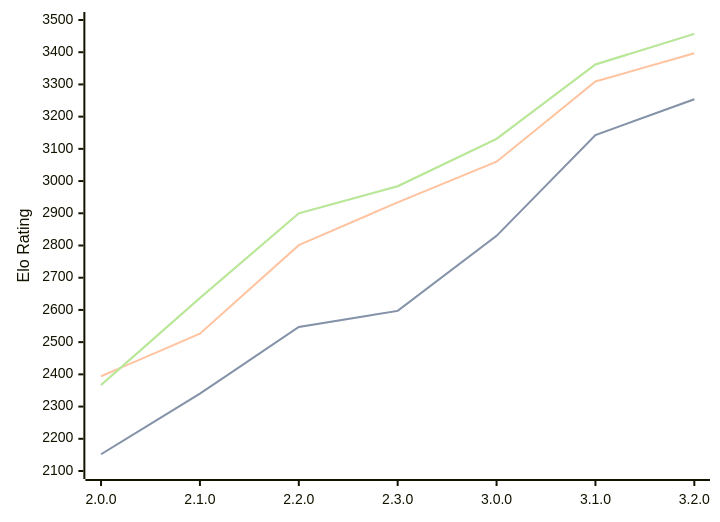
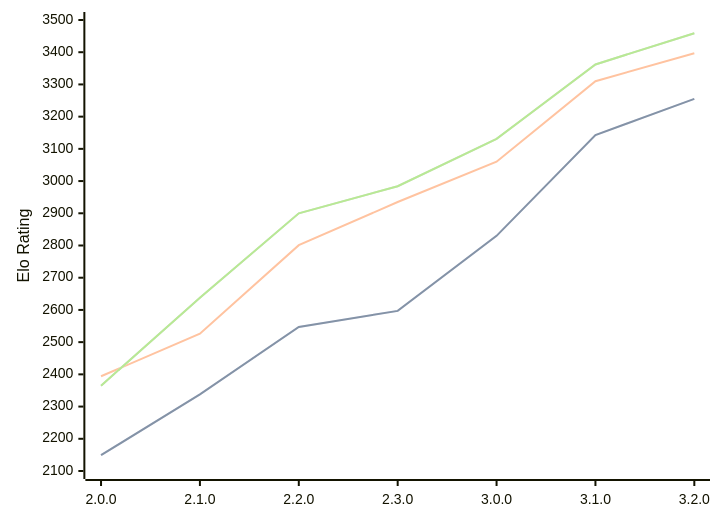
One commit to computer-chess-index/cci changed the diagram in engines/Raphael.md. Above: the diagram before and after it, drawn with Mermaid. The commit also changed other lines of this file, not shown here.

Commit message:
Update CCI Ratings (ELO VLTC) - 2026-04-01

````diff
--- a/engines/Raphael.md
+++ b/engines/Raphael.md
@@ -49,11 +49,11 @@
 ```mermaid
 %%{init: {"theme":"base","themeVariables":{"seriesColors:['#a3a3a3','#222221','#faa371']}}}%%
 xychart-beta
   x-axis ["2.0.0", "2.1.0", "2.2.0", "2.3.0", "3.0.0", "3.1.0", "3.2.0"]
   y-axis "Elo Rating" 2100 --> 3500
-  line "STC (8.0+0.08s)" [2152, 2340, 2547, 2597, 2830, 3143, 3254]
-  line "STC (8.0+0.08s)" [2152, 2340, 2547, 2597, 2830, 3143, 3254]
-  line "LTC (60.0+0.60s)" [2394, 2526, 2801, 2934, 3060, 3309, 3397]
-  line "VLTC (2m24s+1.12s)" [2367, 2637, 2900, 2984, 3131, 3362, 3457]
-  line "VLTC (2m24s+1.12s)" [2367, 2637, 2900, 2984, 3131, 3362, 3457]
+  line "STC (8.0+0.08s)" [2149, 2338, 2547, 2597, 2830, 3143, 3255]
+  line "STC (8.0+0.08s)" [2149, 2338, 2547, 2597, 2830, 3143, 3255]
+  line "LTC (60.0+0.60s)" [2394, 2526, 2801, 2935, 3060, 3310, 3397]
+  line "VLTC (2m24s+1.12s)" [2365, 2638, 2900, 2984, 3131, 3362, 3459]
+  line "VLTC (2m24s+1.12s)" [2365, 2638, 2900, 2984, 3131, 3362, 3459]
 ```
````
